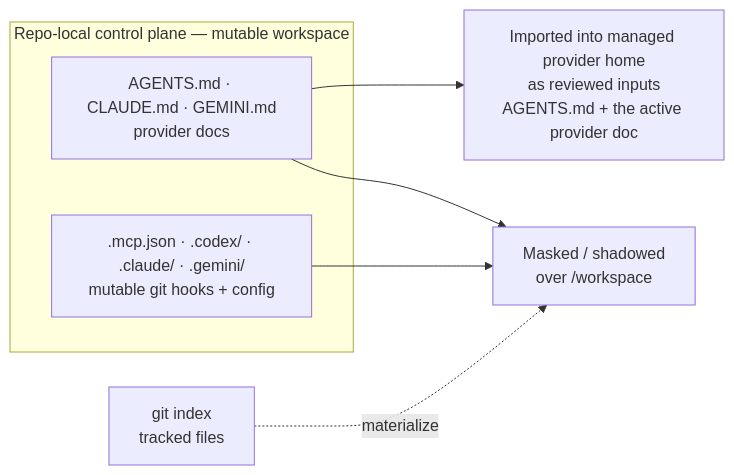
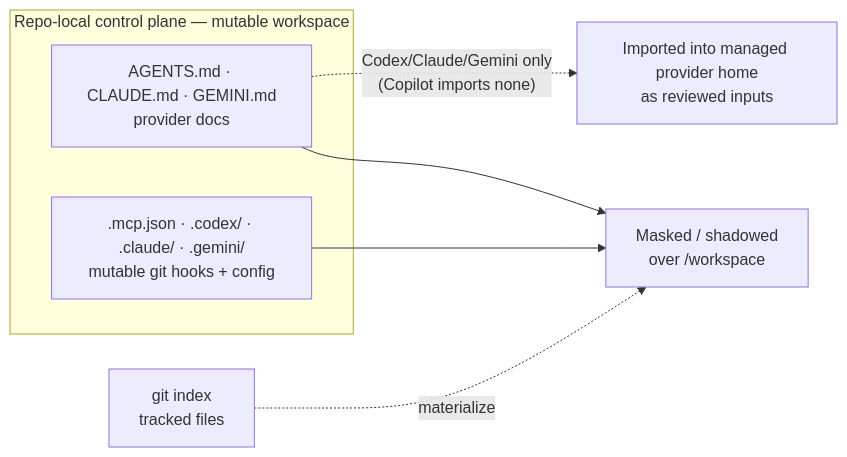
The second of 3 diagrams in docs/workcell-system-design.md (omkhar/workcell), drawn with Mermaid before and after one commit. The commit also changed other lines of this file, not shown here.

````diff
--- a/docs/workcell-system-design.md
+++ b/docs/workcell-system-design.md
@@ -183,11 +185,11 @@
 ```mermaid
 flowchart LR
     subgraph repo["Repo-local control plane — mutable workspace"]
         docs["AGENTS.md · CLAUDE.md · GEMINI.md<br/>provider docs"]
         other[".mcp.json · .codex/ · .claude/ · .gemini/<br/>mutable git hooks + config"]
     end
     idx["git index<br/>tracked files"] -. materialize .-> mask
     docs --> mask["Masked / shadowed<br/>over /workspace"]
     other --> mask
-    docs --> home["Imported into managed provider home<br/>as reviewed inputs<br/>AGENTS.md + the active provider doc"]
+    docs -. "Codex/Claude/Gemini only<br/>(Copilot imports none)" .-> home["Imported into managed provider home<br/>as reviewed inputs"]
 ```
````
